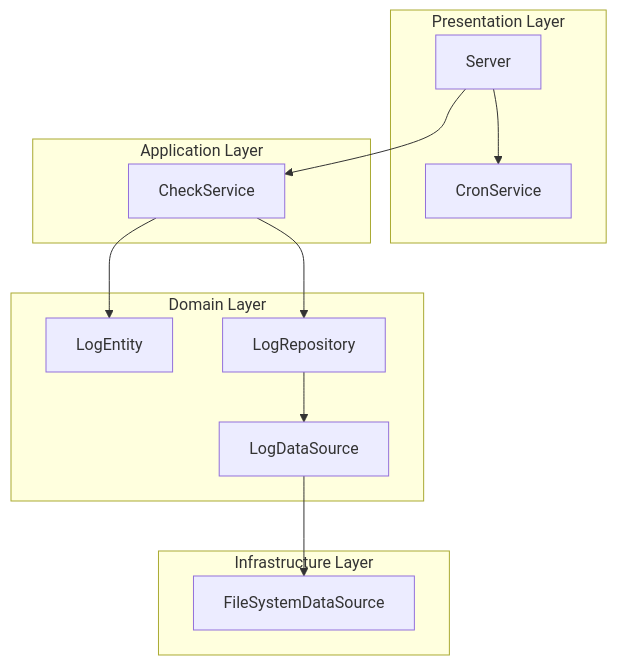
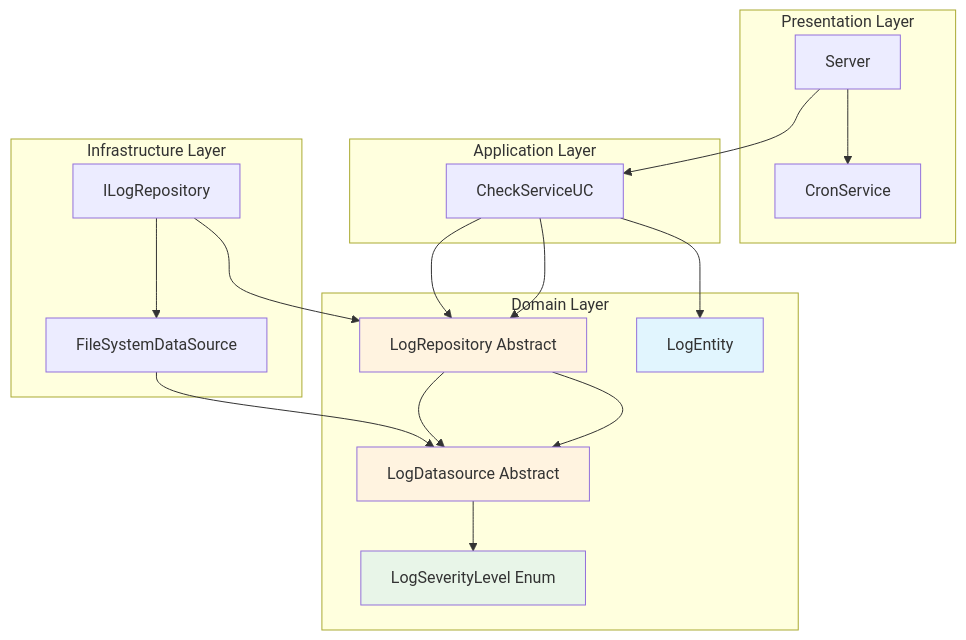
Before and after one commit to Khalest/NocApp: the first of 4 diagrams in README.md, drawn with Mermaid. The commit also changed other lines of this file and 1 other file, not shown here.

````diff
--- a/README.md
+++ b/README.md
@@ -36,26 +39,38 @@
 ```mermaid
 graph TB
     subgraph "Presentation Layer"
         A[Server] --> B[CronService]
     end
 
     subgraph "Application Layer"
-        C[CheckService]
+        C[CheckServiceUC]
     end
 
     subgraph "Domain Layer"
         D[LogEntity]
-        E[LogRepository]
-        F[LogDataSource]
+        E[LogRepository Abstract]
+        F[LogDatasource Abstract]
+        G[LogSeverityLevel Enum]
     end
 
     subgraph "Infrastructure Layer"
-        G[FileSystemDataSource]
+        H[ILogRepository]
+        I[FileSystemDataSource]
     end
 
     A --> C
     C --> D
     C --> E
     E --> F
+    H --> E
+    I --> F
+    H --> I
+
+    style D fill:#e1f5fe
+    style G fill:#e8f5e8
+    style E fill:#fff3e0
+    style F fill:#fff3e0
+    C --> E
+    E --> F
     F --> G
 ```
````
